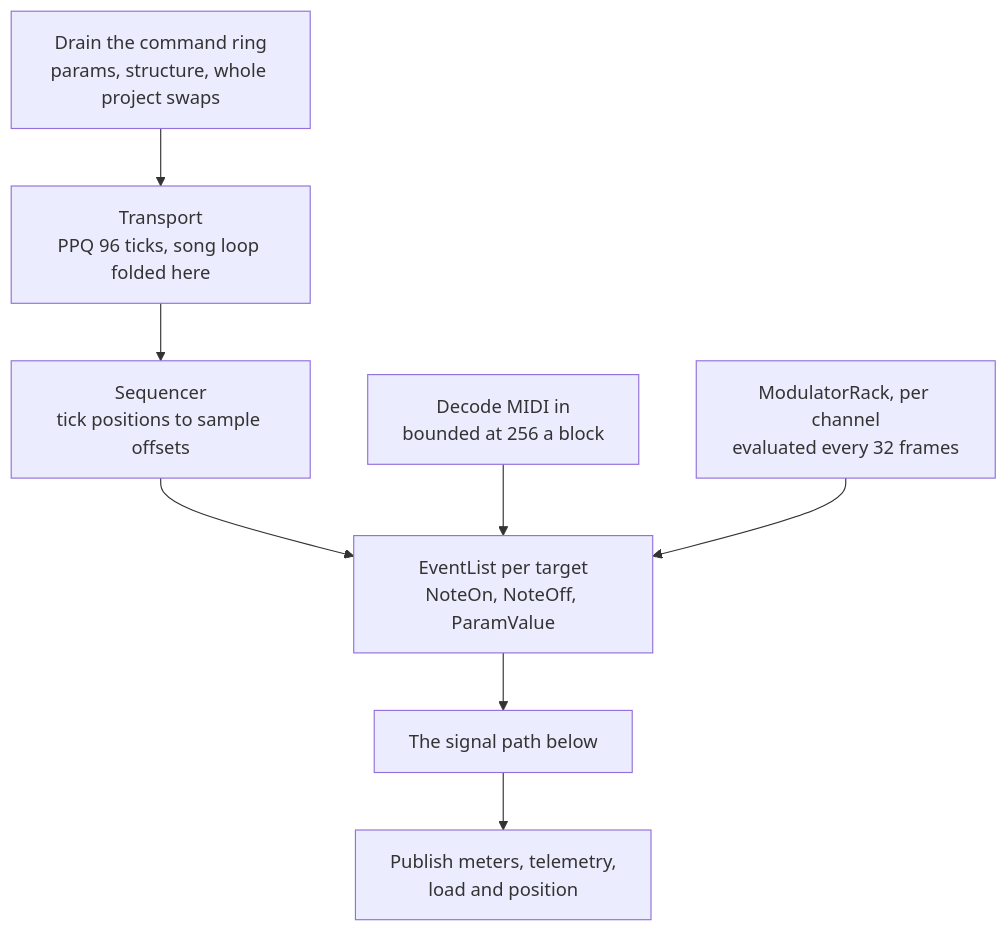
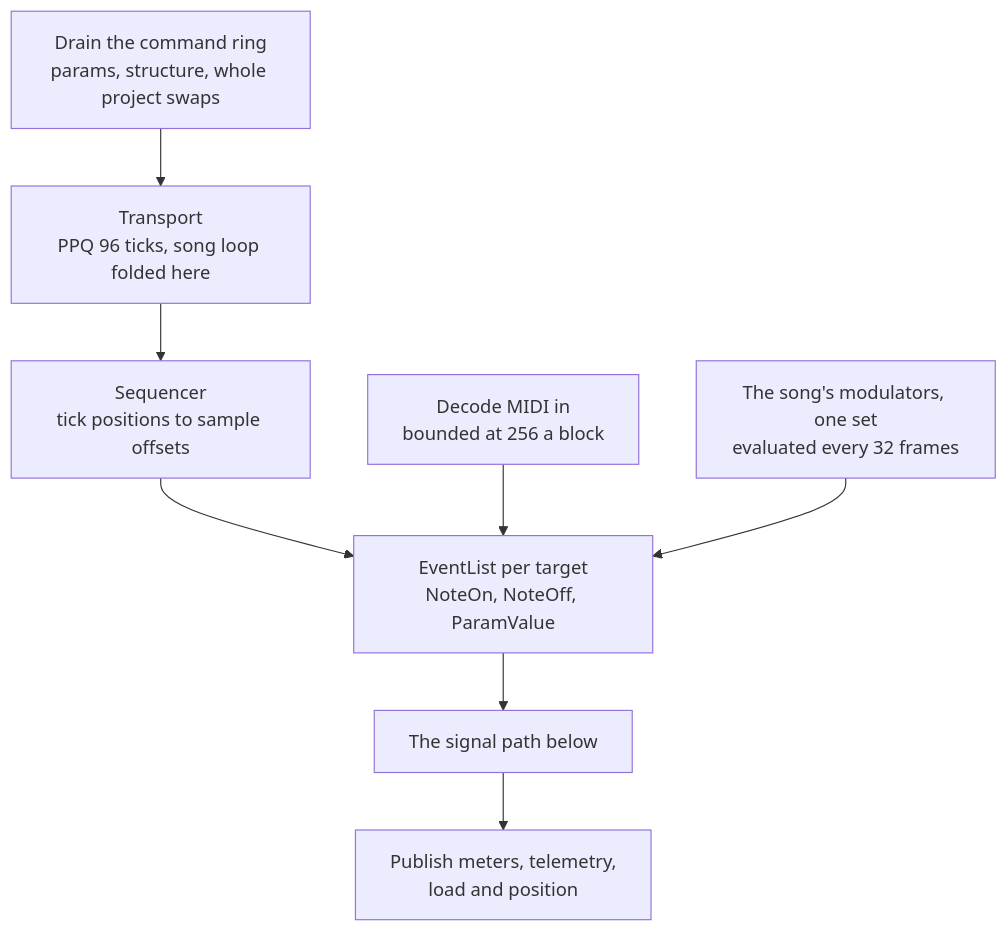
Before and after one commit to lostsync/mooloop: the third of 5 diagrams in docs/ARCHITECTURE.md, drawn with Mermaid. The commit also changed 41 other files, not shown here.

````diff
--- a/docs/ARCHITECTURE.md
+++ b/docs/ARCHITECTURE.md
@@ -109,16 +109,16 @@
 ```mermaid
 flowchart TB
     Cmds["Drain the command ring<br/>params, structure, whole project swaps"]
     Midi["Decode MIDI in<br/>bounded at 256 a block"]
     Transport["Transport<br/>PPQ 96 ticks, song loop folded here"]
     Seq["Sequencer<br/>tick positions to sample offsets"]
-    Mods["ModulatorRack, per channel<br/>evaluated every 32 frames"]
+    Mods["The song's modulators, one set<br/>evaluated every 32 frames"]
     Events["EventList per target<br/>NoteOn, NoteOff, ParamValue"]
     Signal["The signal path below"]
     Publish["Publish meters, telemetry,<br/>load and position"]
 
     Cmds --> Transport --> Seq --> Events
     Midi --> Events
     Mods --> Events
     Events --> Signal --> Publish
 ```
````
